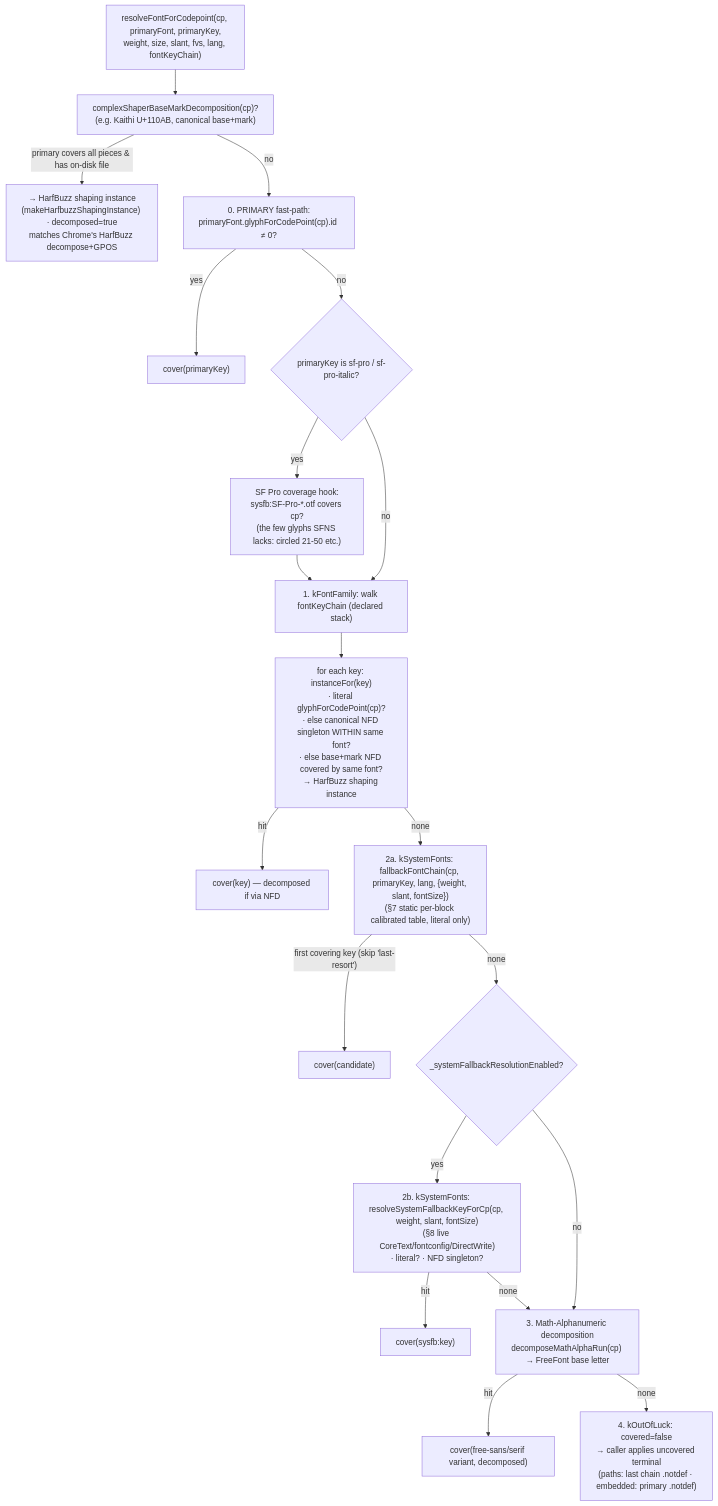
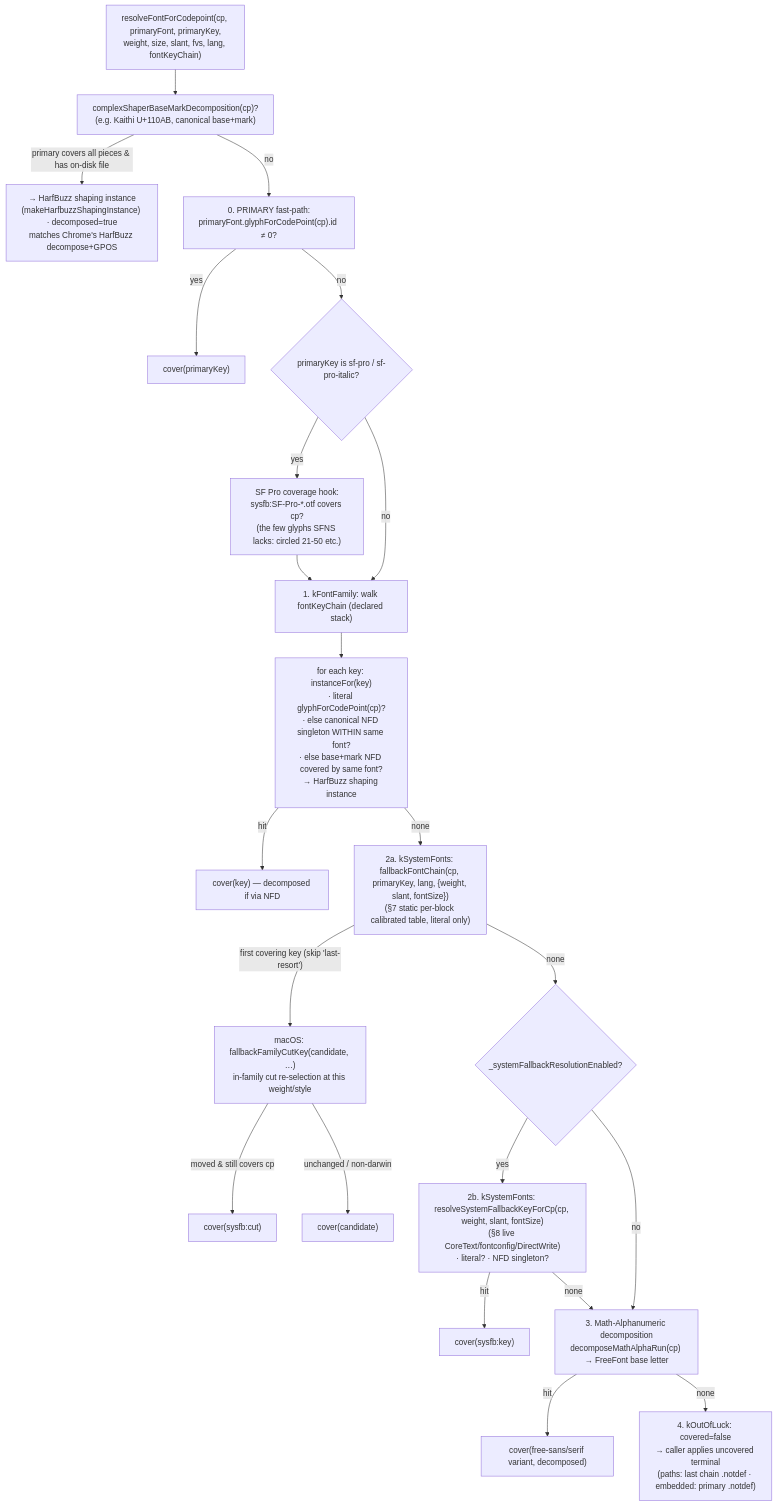
The sixth of 10 diagrams in docs/font-resolution-diagram.md (brianwestphal/domotion), drawn with Mermaid before and after one commit. The commit also changed other lines of this file and 5 other files, not shown here.

````diff
--- a/docs/font-resolution-diagram.md
+++ b/docs/font-resolution-diagram.md
@@ -437,22 +437,24 @@
 ```mermaid
 flowchart TD
   F0["resolveFontForCodepoint(cp, primaryFont, primaryKey,<br/>weight, size, slant, fvs, lang, fontKeyChain)"] --> FC["complexShaperBaseMarkDecomposition(cp)?<br/>(e.g. Kaithi U+110AB, canonical base+mark)"]
   FC -->|"primary covers all pieces & has on-disk file"| FCH["→ HarfBuzz shaping instance<br/>(makeHarfbuzzShapingInstance) · decomposed=true<br/>matches Chrome's HarfBuzz decompose+GPOS"]
   FC -->|"no"| F1["0. PRIMARY fast-path:<br/>primaryFont.glyphForCodePoint(cp).id ≠ 0?"]
   F1 -->|"yes"| F1H["cover(primaryKey)"]
   F1 -->|"no"| FSF{"primaryKey is sf-pro / sf-pro-italic?"}
   FSF -->|"yes"| FSF1["SF Pro coverage hook:<br/>sysfb:SF-Pro-*.otf covers cp?<br/>(the few glyphs SFNS lacks: circled 21-50 etc.)"]
   FSF1 --> F2
   FSF -->|"no"| F2["1. kFontFamily: walk fontKeyChain (declared stack)"]
   F2 --> F2A["for each key: instanceFor(key)<br/>· literal glyphForCodePoint(cp)?<br/>· else canonical NFD singleton WITHIN same font?<br/>· else base+mark NFD covered by same font?<br/>→ HarfBuzz shaping instance"]
   F2A -->|"hit"| F2H["cover(key) — decomposed if via NFD"]
   F2A -->|"none"| F3["2a. kSystemFonts: fallbackFontChain(cp, primaryKey, lang, {weight, slant, fontSize})<br/>(§7 static per-block calibrated table, literal only)"]
-  F3 -->|"first covering key (skip 'last-resort')"| F3H["cover(candidate)"]
+  F3 -->|"first covering key (skip 'last-resort')"| F3C["macOS: fallbackFamilyCutKey(candidate, …)<br/>in-family cut re-selection at this weight/style"]
+  F3C -->|"moved & still covers cp"| F3HC["cover(sysfb:cut)"]
+  F3C -->|"unchanged / non-darwin"| F3H["cover(candidate)"]
   F3 -->|"none"| F4{"_systemFallbackResolutionEnabled?"}
   F4 -->|"yes"| F4A["2b. kSystemFonts: resolveSystemFallbackKeyForCp(cp, weight, slant, fontSize)<br/>(§8 live CoreText/fontconfig/DirectWrite)<br/>· literal? · NFD singleton?"]
   F4A -->|"hit"| F4H["cover(sysfb:key)"]
   F4A -->|"none"| F5
   F4 -->|"no"| F5["3. Math-Alphanumeric decomposition<br/>decomposeMathAlphaRun(cp) → FreeFont base letter"]
   F5 -->|"hit"| F5H["cover(free-sans/serif variant, decomposed)"]
   F5 -->|"none"| F6["4. kOutOfLuck: covered=false<br/>→ caller applies uncovered terminal<br/>(paths: last chain .notdef · embedded: primary .notdef)"]
 ```
````
